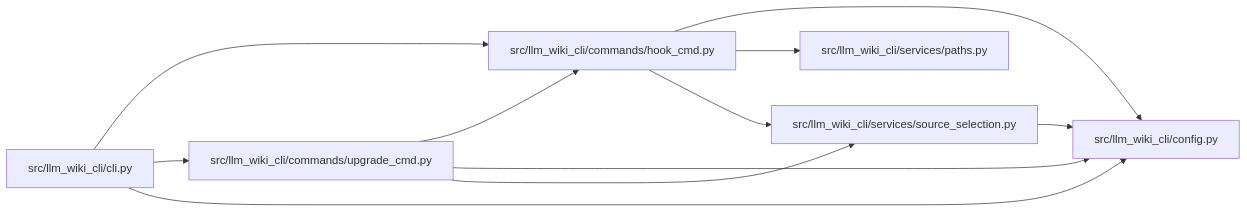
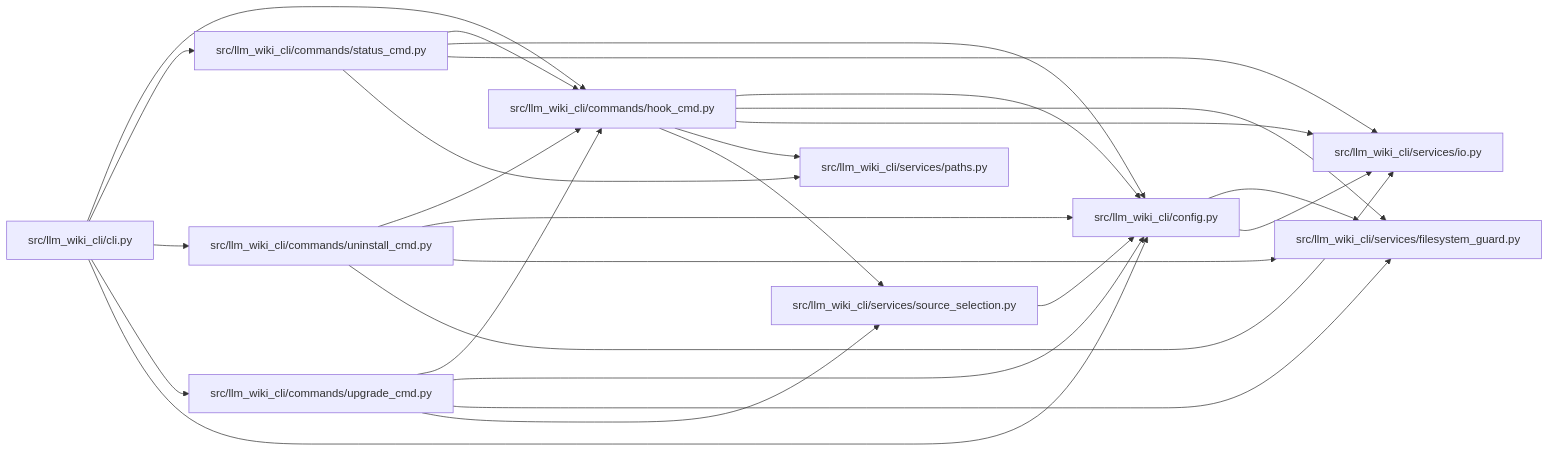
One commit to Denissvgn/python-wiki-llm changed the diagram in docs/llm_wiki/modules/hook_cmd.md. Above: the diagram before and after it, drawn with Mermaid. The commit also changed other lines of this file and 364 other files, not shown here.

````diff
--- a/docs/llm_wiki/modules/hook_cmd.md
+++ b/docs/llm_wiki/modules/hook_cmd.md
@@ -25,25 +27,48 @@
 ```mermaid
 flowchart LR
     n0["src/llm_wiki_cli/cli.py"]
     n1["src/llm_wiki_cli/commands/hook_cmd.py"]
-    n2["src/llm_wiki_cli/commands/upgrade_cmd.py"]
-    n3["src/llm_wiki_cli/config.py"]
-    n4["src/llm_wiki_cli/services/paths.py"]
-    n5["src/llm_wiki_cli/services/source_selection.py"]
+    n2["src/llm_wiki_cli/commands/status_cmd.py"]
+    n3["src/llm_wiki_cli/commands/uninstall_cmd.py"]
+    n4["src/llm_wiki_cli/commands/upgrade_cmd.py"]
+    n5["src/llm_wiki_cli/config.py"]
+    n6["src/llm_wiki_cli/services/filesystem_guard.py"]
+    n7["src/llm_wiki_cli/services/io.py"]
+    n8["src/llm_wiki_cli/services/paths.py"]
+    n9["src/llm_wiki_cli/services/source_selection.py"]
     n0 --> n1
     n0 --> n2
     n0 --> n3
-    n1 --> n3
-    n1 --> n4
+    n0 --> n4
+    n0 --> n5
     n1 --> n5
+    n1 --> n6
+    n1 --> n7
+    n1 --> n8
+    n1 --> n9
     n2 --> n1
-    n2 --> n3
     n2 --> n5
-    n5 --> n3
+    n2 --> n7
+    n2 --> n8
+    n3 --> n1
+    n3 --> n5
+    n3 --> n6
+    n3 --> n7
+    n4 --> n1
+    n4 --> n5
+    n4 --> n6
+    n4 --> n9
+    n5 --> n6
+    n5 --> n7
+    n9 --> n5
     click n0 "../modules/cli.md"
     click n1 "../modules/hook_cmd.md"
-    click n2 "../modules/upgrade_cmd.md"
-    click n3 "../modules/config.md"
-    click n4 "../modules/paths.md"
-    click n5 "../modules/source_selection.md"
+    click n2 "../modules/status_cmd.md"
+    click n3 "../modules/uninstall_cmd.md"
+    click n4 "../modules/upgrade_cmd.md"
+    click n5 "../modules/config.md"
+    click n6 "../modules/filesystem_guard.md"
+    click n7 "../modules/io.md"
+    click n8 "../modules/paths.md"
+    click n9 "../modules/source_selection.md"
 ```
````
